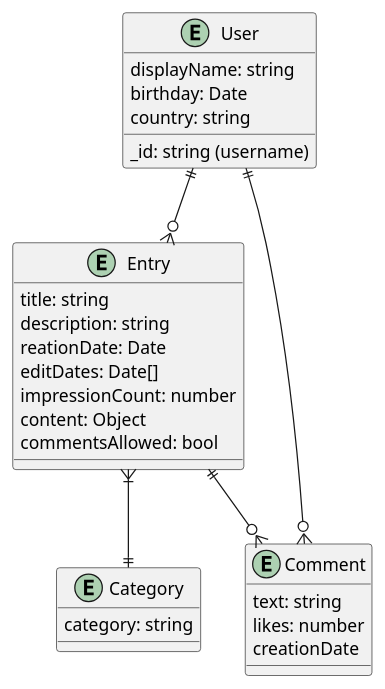
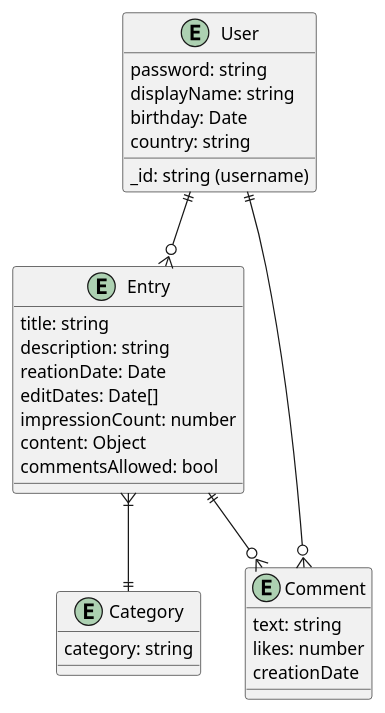
The diagram in erd.puml (0xKyPre/MongoDB_Blog), drawn with PlantUML before and after one commit.

Commit message:
password in erd

```diff
--- a/erd.puml
+++ b/erd.puml
@@ -1,34 +1,34 @@
 @startuml Blog
 Entity User {
     _id: string (username)
+    password: string
     displayName: string
     birthday: Date
     country: string
-    
 }
 
 Entity Entry {
     title: string
     description: string
     reationDate: Date
     editDates: Date[]
     impressionCount: number
     content: Object
     commentsAllowed: bool
 }
 
 Entity Category {
     category: string
 }
 
 Entity Comment {
     text: string
     likes: number
     creationDate
 }
 
 User ||--o{ Entry
 Entry ||--o{ Comment
 Entry }|--|| Category
 User ||--o{ Comment
 @enduml
```
